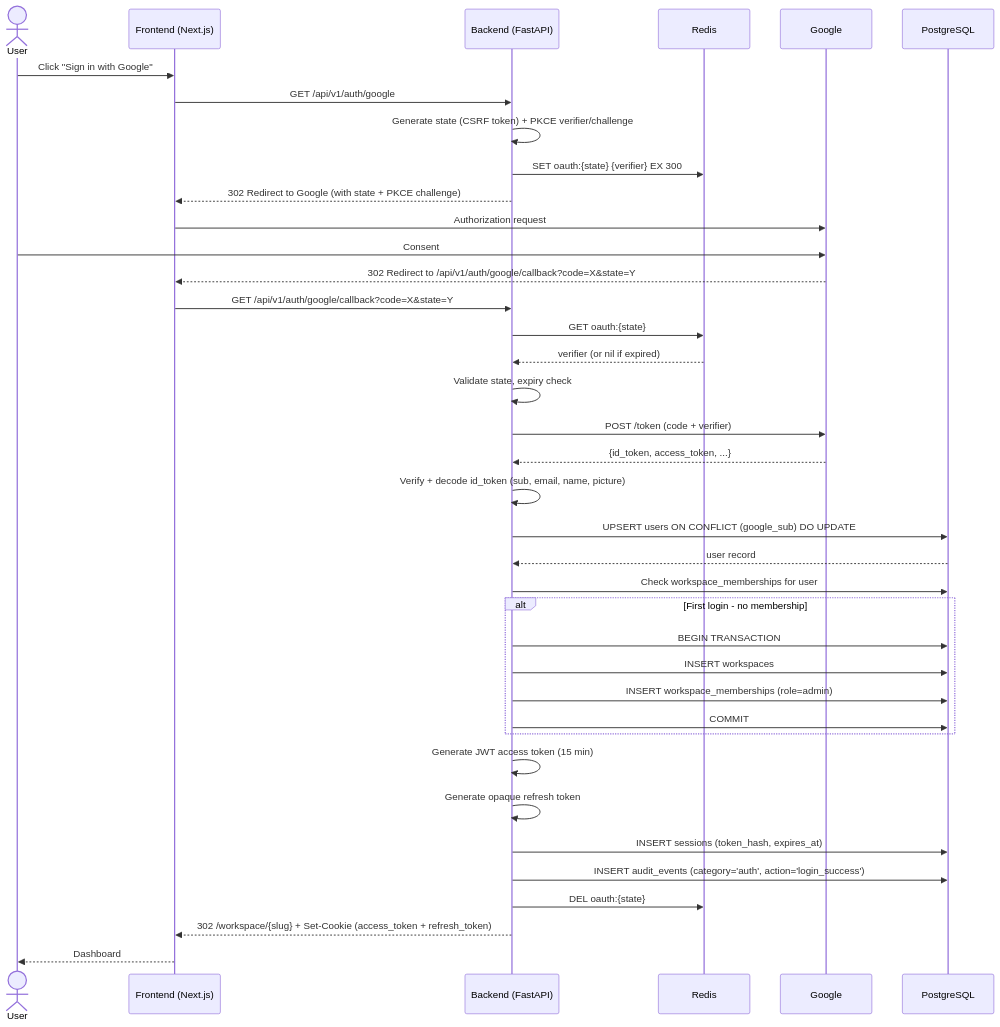
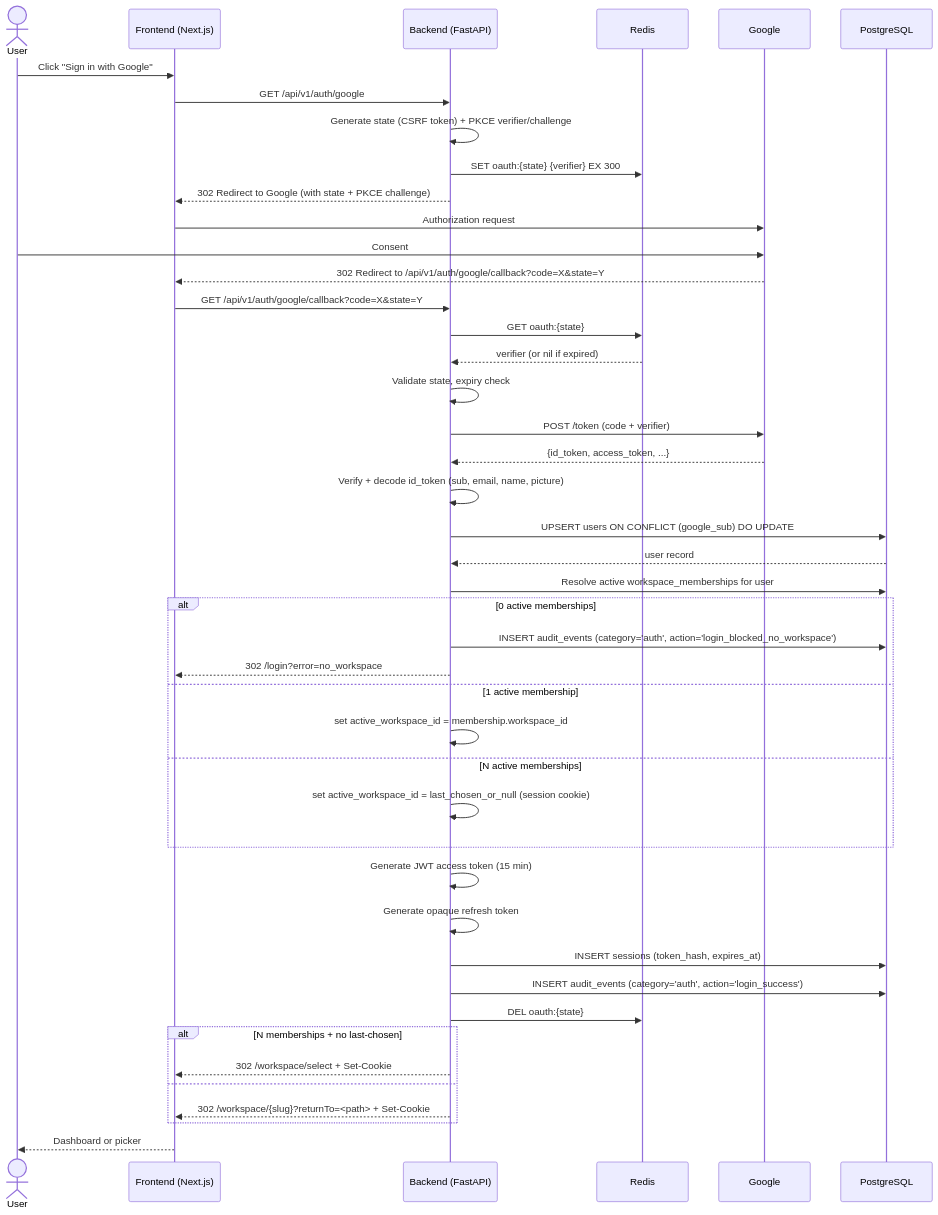
Before and after one commit to apariciotuio/project_manager: the first of 3 diagrams in tasks/EP-00/design.md, drawn with Mermaid. The commit also changed other lines of this file and 112 other files, not shown here.

````diff
--- a/tasks/EP-00/design.md
+++ b/tasks/EP-00/design.md
@@ -222,41 +241,47 @@
 ```mermaid
 sequenceDiagram
     actor User
     participant FE as Frontend (Next.js)
     participant BE as Backend (FastAPI)
     participant Redis
     participant Google
     participant DB as PostgreSQL
 
     User->>FE: Click "Sign in with Google"
     FE->>BE: GET /api/v1/auth/google
     BE->>BE: Generate state (CSRF token) + PKCE verifier/challenge
     BE->>Redis: SET oauth:{state} {verifier} EX 300
     BE-->>FE: 302 Redirect to Google (with state + PKCE challenge)
     FE->>Google: Authorization request
     User->>Google: Consent
     Google-->>FE: 302 Redirect to /api/v1/auth/google/callback?code=X&state=Y
     FE->>BE: GET /api/v1/auth/google/callback?code=X&state=Y
     BE->>Redis: GET oauth:{state}
     Redis-->>BE: verifier (or nil if expired)
     BE->>BE: Validate state, expiry check
     BE->>Google: POST /token (code + verifier)
     Google-->>BE: {id_token, access_token, ...}
     BE->>BE: Verify + decode id_token (sub, email, name, picture)
     BE->>DB: UPSERT users ON CONFLICT (google_sub) DO UPDATE
     DB-->>BE: user record
-    BE->>DB: Check workspace_memberships for user
-    alt First login - no membership
-        BE->>DB: BEGIN TRANSACTION
-        BE->>DB: INSERT workspaces
-        BE->>DB: INSERT workspace_memberships (role=admin)
-        BE->>DB: COMMIT
+    BE->>DB: Resolve active workspace_memberships for user
+    alt 0 active memberships
+        BE->>DB: INSERT audit_events (category='auth', action='login_blocked_no_workspace')
+        BE-->>FE: 302 /login?error=no_workspace
+    else 1 active membership
+        BE->>BE: set active_workspace_id = membership.workspace_id
+    else N active memberships
+        BE->>BE: set active_workspace_id = last_chosen_or_null (session cookie)
     end
     BE->>BE: Generate JWT access token (15 min)
     BE->>BE: Generate opaque refresh token
     BE->>DB: INSERT sessions (token_hash, expires_at)
     BE->>DB: INSERT audit_events (category='auth', action='login_success')
     BE->>Redis: DEL oauth:{state}
-    BE-->>FE: 302 /workspace/{slug} + Set-Cookie (access_token + refresh_token)
-    FE-->>User: Dashboard
+    alt N memberships + no last-chosen
+        BE-->>FE: 302 /workspace/select + Set-Cookie
+    else
+        BE-->>FE: 302 /workspace/{slug}?returnTo=<path> + Set-Cookie
+    end
+    FE-->>User: Dashboard or picker
 ```
````
